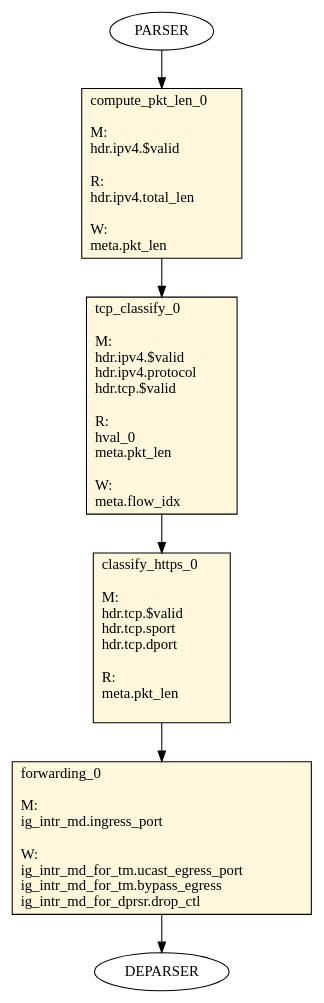
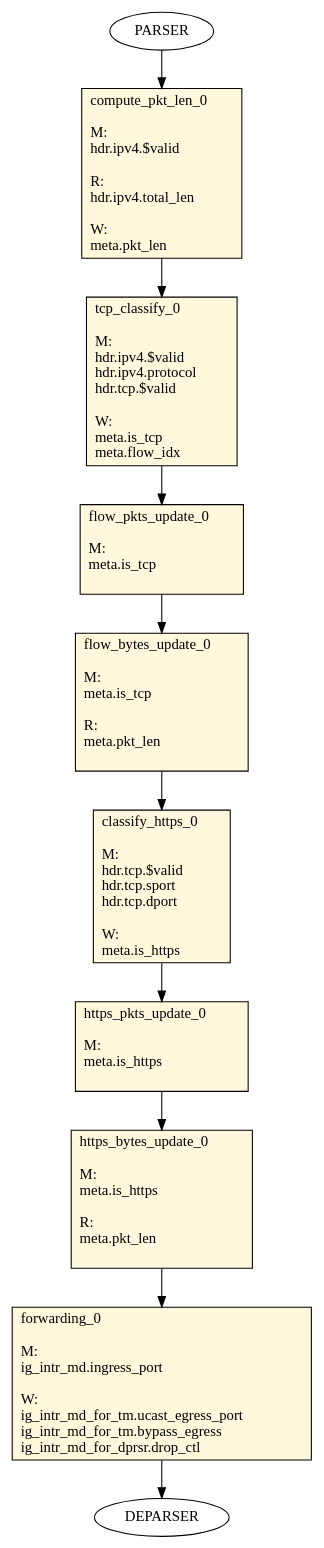
Before and after one commit to MohamadMHazim/P4_Code: the diagram in p4src/basic.tofino/pipe/graphs/0_table_flow_graph_ingress.dot, drawn with Graphviz. The commit also changed 31 other files, not shown here.

```diff
--- a/p4src/basic.tofino/pipe/graphs/0_table_flow_graph_ingress.dot
+++ b/p4src/basic.tofino/pipe/graphs/0_table_flow_graph_ingress.dot
@@ -1,42 +1,64 @@
 digraph ingress {
 compute_pkt_len_0 [ shape=record, style="filled", fillcolor=cornsilk, label="compute_pkt_len_0\l\l
 M:\l
  hdr.ipv4.$valid\l
 \lR:\l
  hdr.ipv4.total_len\l
 \lW:\l
  meta.pkt_len\l
  "];
 tcp_classify_0 [ shape=record, style="filled", fillcolor=cornsilk, label="tcp_classify_0\l\l
 M:\l
  hdr.ipv4.$valid\l
  hdr.ipv4.protocol\l
  hdr.tcp.$valid\l
-\lR:\l
- hval_0\l
- meta.pkt_len\l
 \lW:\l
+ meta.is_tcp\l
  meta.flow_idx\l
  "];
+flow_pkts_update_0 [ shape=record, style="filled", fillcolor=cornsilk, label="flow_pkts_update_0\l\l
+M:\l
+ meta.is_tcp\l
+\l "];
+flow_bytes_update_0 [ shape=record, style="filled", fillcolor=cornsilk, label="flow_bytes_update_0\l\l
+M:\l
+ meta.is_tcp\l
+\lR:\l
+ meta.pkt_len\l
+\l "];
 classify_https_0 [ shape=record, style="filled", fillcolor=cornsilk, label="classify_https_0\l\l
 M:\l
  hdr.tcp.$valid\l
  hdr.tcp.sport\l
  hdr.tcp.dport\l
+\lW:\l
+ meta.is_https\l
+ "];
+https_pkts_update_0 [ shape=record, style="filled", fillcolor=cornsilk, label="https_pkts_update_0\l\l
+M:\l
+ meta.is_https\l
+\l "];
+https_bytes_update_0 [ shape=record, style="filled", fillcolor=cornsilk, label="https_bytes_update_0\l\l
+M:\l
+ meta.is_https\l
 \lR:\l
  meta.pkt_len\l
 \l "];
 forwarding_0 [ shape=record, style="filled", fillcolor=cornsilk, label="forwarding_0\l\l
 M:\l
  ig_intr_md.ingress_port\l
 \lW:\l
  ig_intr_md_for_tm.ucast_egress_port\l
  ig_intr_md_for_tm.bypass_egress\l
  ig_intr_md_for_dprsr.drop_ctl\l
  "];
     PARSER -> compute_pkt_len_0
     compute_pkt_len_0 -> tcp_classify_0
-    tcp_classify_0 -> classify_https_0
-    classify_https_0 -> forwarding_0
+    tcp_classify_0 -> flow_pkts_update_0
+    flow_pkts_update_0 -> flow_bytes_update_0
+    flow_bytes_update_0 -> classify_https_0
+    classify_https_0 -> https_pkts_update_0
+    https_pkts_update_0 -> https_bytes_update_0
+    https_bytes_update_0 -> forwarding_0
     forwarding_0 -> DEPARSER
 }
```
